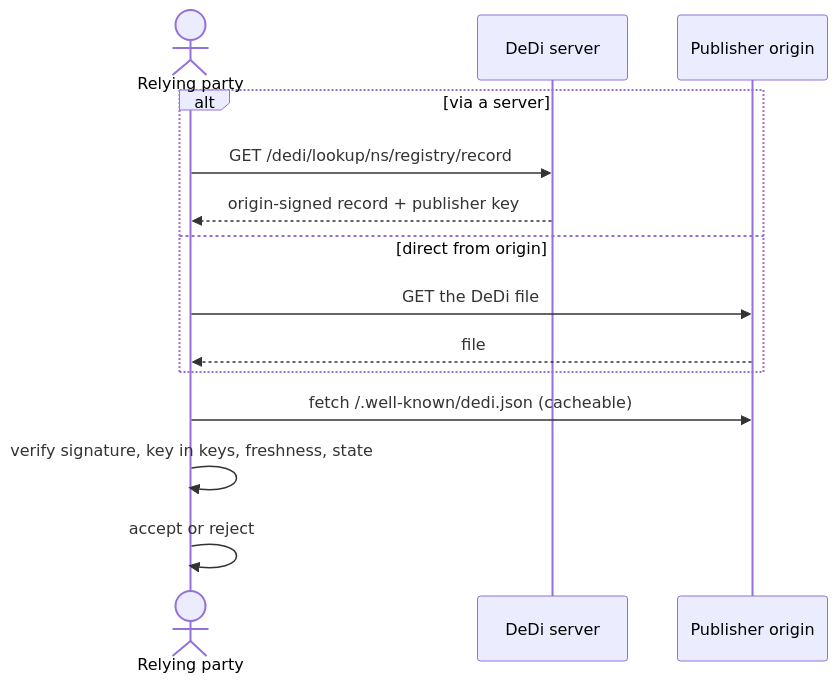
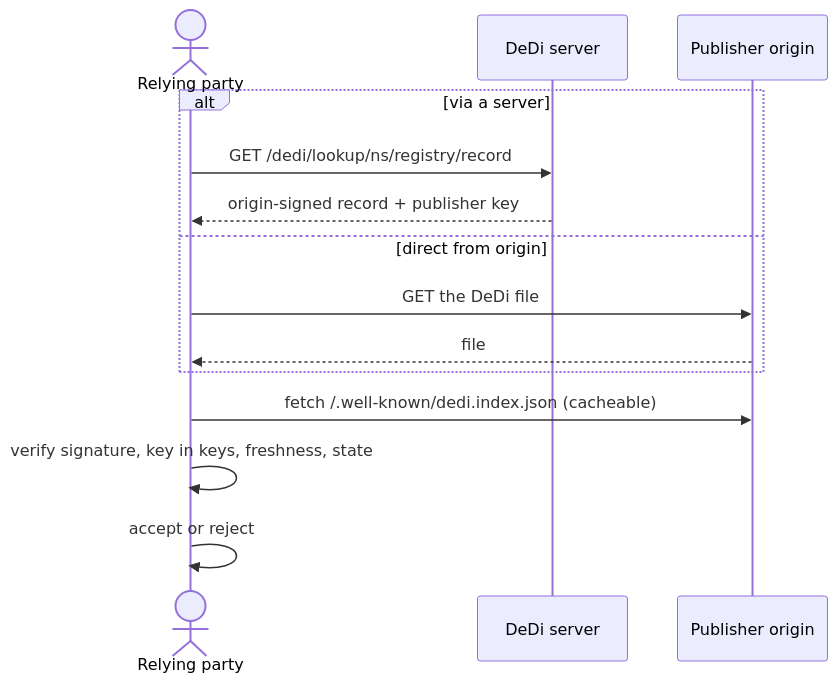
The sixth of 6 diagrams in docs/publishing-dedi-files.md (nfh-trust-labs/DeDi), drawn with Mermaid before and after one commit. The commit also changed other lines of this file and 9 other files, not shown here.

First line of the commit message:
Prefix naming: dedi.index.json manifest, dedi.<registry>.json files; partitioned discovery list

````diff
--- a/docs/publishing-dedi-files.md
+++ b/docs/publishing-dedi-files.md
@@ -535,16 +548,16 @@
 ```mermaid
 sequenceDiagram
     actor RP as Relying party
     participant S as DeDi server
     participant P as Publisher origin
     alt via a server
         RP->>S: GET /dedi/lookup/ns/registry/record
         S-->>RP: origin-signed record + publisher key
     else direct from origin
         RP->>P: GET the DeDi file
         P-->>RP: file
     end
-    RP->>P: fetch /.well-known/dedi.json (cacheable)
+    RP->>P: fetch /.well-known/dedi.index.json (cacheable)
     RP->>RP: verify signature, key in keys, freshness, state
     RP->>RP: accept or reject
 ```
````
